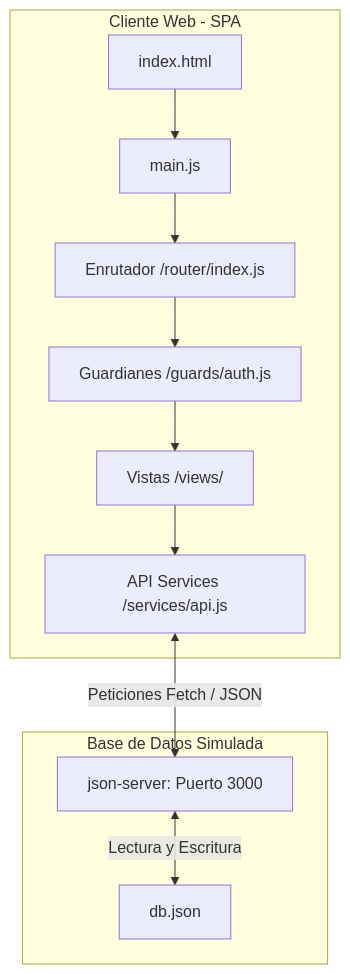
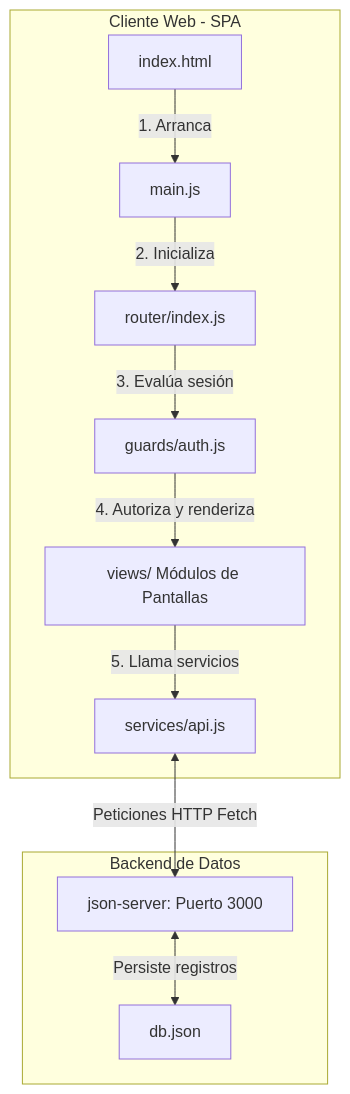
Before and after one commit to juanjo2409/pruebaJavaS: the diagram in sustentacion.md, drawn with Mermaid. The commit also changed other lines of this file, not shown here.

````diff
--- a/sustentacion.md
+++ b/sustentacion.md
@@ -21,14 +21,14 @@
 ```mermaid
 graph TD
-    subgraph Frontend [Cliente Web - SPA]
-        A[index.html] --> B[main.js]
-        B --> C[Enrutador /router/index.js]
-        C --> D[Guardianes /guards/auth.js]
-        D --> E[Vistas /views/]
-        E --> F[API Services /services/api.js]
+    subgraph Navegador [Cliente Web - SPA]
+        A[index.html] -->|1. Arranca| B[main.js]
+        B -->|2. Inicializa| C[router/index.js]
+        C -->|3. Evalúa sesión| D[guards/auth.js]
+        D -->|4. Autoriza y renderiza| E[views/ Módulos de Pantallas]
+        E -->|5. Llama servicios| F[services/api.js]
     end
-    subgraph Backend [Base de Datos Simulada]
-        F <-->|Peticiones Fetch / JSON| G[json-server: Puerto 3000]
-        G <-->|Lectura y Escritura| H[db.json]
+    subgraph Servidor [Backend de Datos]
+        F <-->|Peticiones HTTP Fetch| G[json-server: Puerto 3000]
+        G <-->|Persiste registros| H[db.json]
     end
 ```
````
